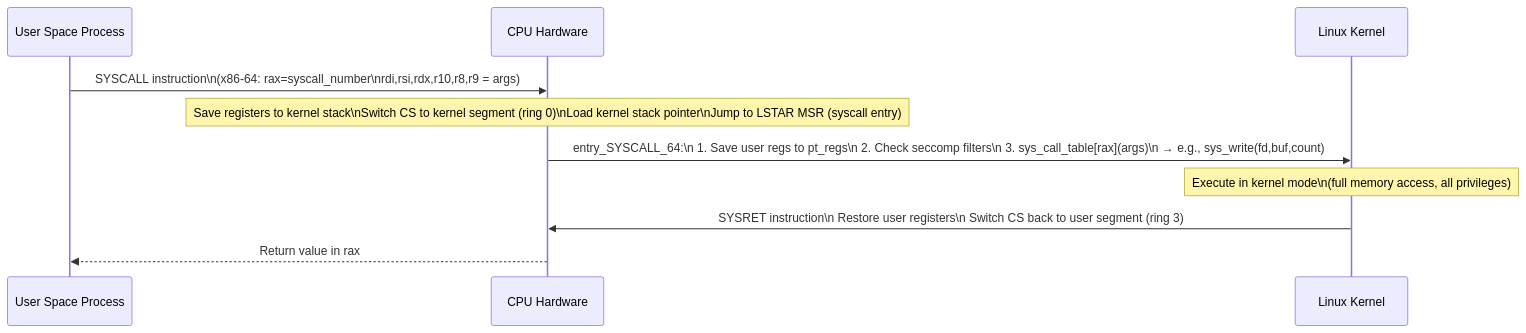
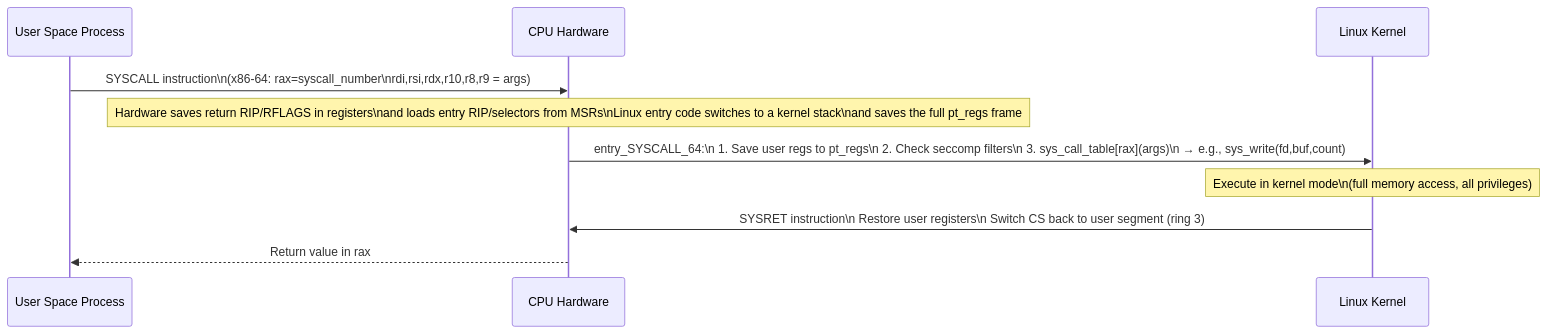
Before and after one commit to choisimo/document: the third of 18 diagrams in content/docs/books/cs-reference/ko/systems-programming-internals.md, drawn with Mermaid. The commit also changed other lines of this file and 504 other files, not shown here.

````diff
--- a/content/docs/books/cs-reference/ko/systems-programming-internals.md
+++ b/content/docs/books/cs-reference/ko/systems-programming-internals.md
@@ -51,14 +59,14 @@
 ```mermaid
 sequenceDiagram
     participant APP as User Space Process
     participant CPU as CPU Hardware
     participant KERN as Linux Kernel
 
     APP->>CPU: SYSCALL instruction\n(x86-64: rax=syscall_number\nrdi,rsi,rdx,r10,r8,r9 = args)
-    Note over CPU: Save registers to kernel stack\nSwitch CS to kernel segment (ring 0)\nLoad kernel stack pointer\nJump to LSTAR MSR (syscall entry)
+    Note over CPU: Hardware saves return RIP/RFLAGS in registers\nand loads entry RIP/selectors from MSRs\nLinux entry code switches to a kernel stack\nand saves the full pt_regs frame
 
     CPU->>KERN: entry_SYSCALL_64:\n  1. Save user regs to pt_regs\n  2. Check seccomp filters\n  3. sys_call_table[rax](args)\n     → e.g., sys_write(fd,buf,count)
     Note over KERN: Execute in kernel mode\n(full memory access, all privileges)
     KERN->>CPU: SYSRET instruction\n  Restore user registers\n  Switch CS back to user segment (ring 3)
     CPU-->>APP: Return value in rax
 ```
````
